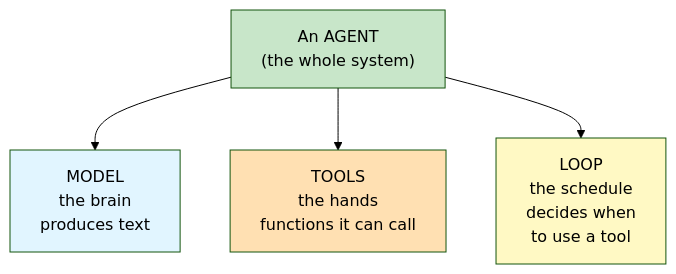
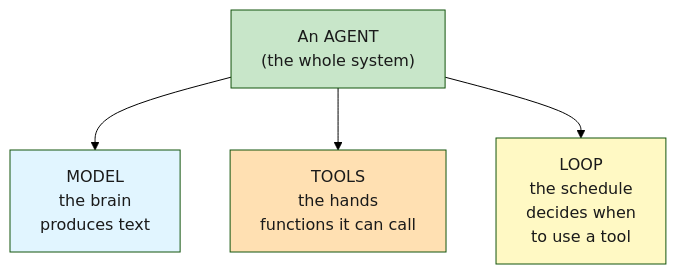
The second of 4 diagrams in Lab1/lab-agents-models.md (CogKnowEdge-Solutions/Orchestration), drawn with Mermaid (forest theme) before and after one commit.

Commit message:
Fix Mermaid diagram text visibility: set explicit dark text color on styled nodes

````diff
--- a/Lab1/lab-agents-models.md
+++ b/Lab1/lab-agents-models.md
@@ -98,15 +98,15 @@
 ```mermaid
 graph TD
     AG["An AGENT<br/>(the whole system)"]
     MD["MODEL<br/>the brain<br/>produces text"]
     TL["TOOLS<br/>the hands<br/>functions it can call"]
     LP["LOOP<br/>the schedule<br/>decides when<br/>to use a tool"]
 
     AG --> MD
     AG --> TL
     AG --> LP
-    style AG fill:#c8e6c9
-    style MD fill:#e1f5ff
-    style TL fill:#ffe0b2
-    style LP fill:#fff9c4
+    style AG fill:#c8e6c9,color:#1a1a1a
+    style MD fill:#e1f5ff,color:#1a1a1a
+    style TL fill:#ffe0b2,color:#1a1a1a
+    style LP fill:#fff9c4,color:#1a1a1a
 ```
````
